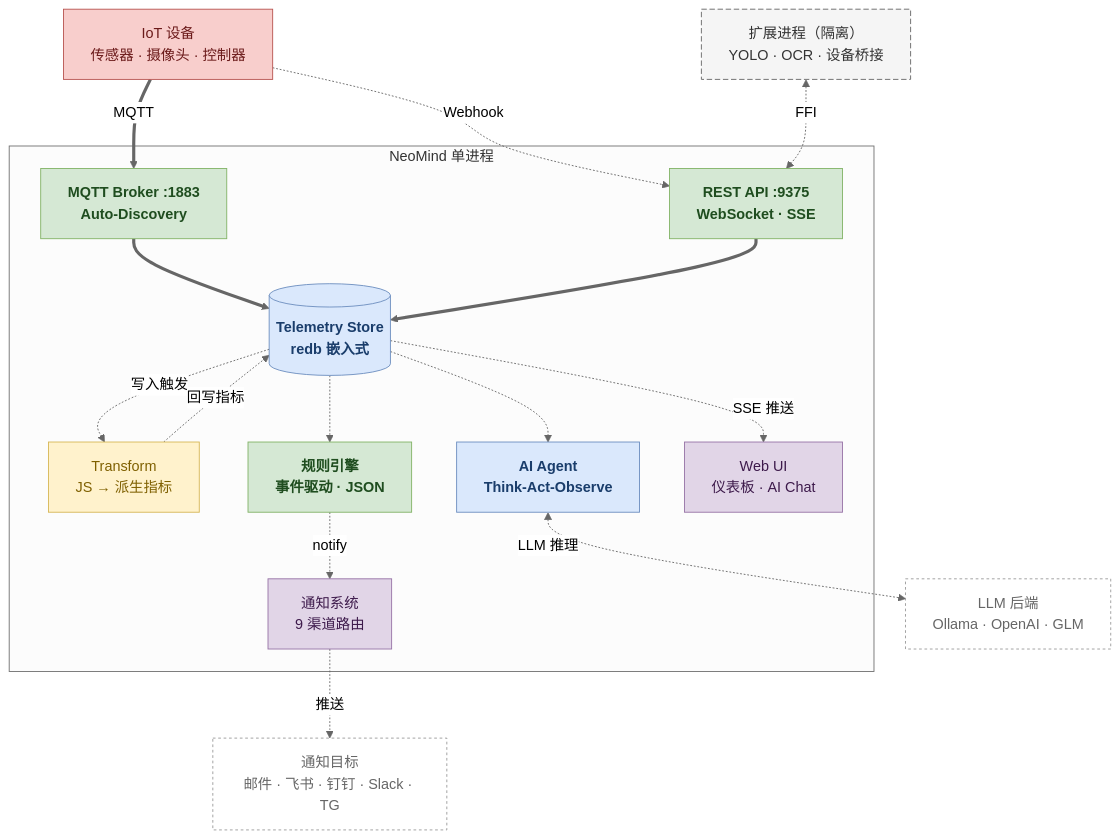
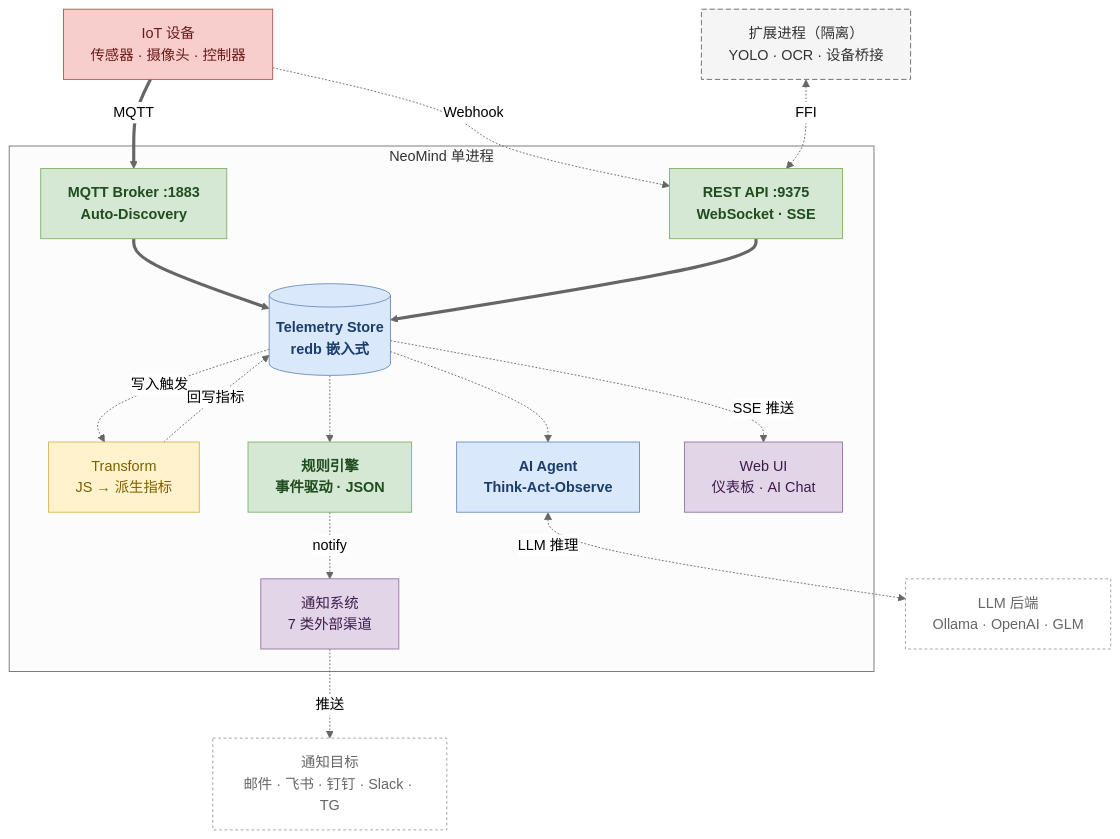
The first of 5 diagrams in docs/0-neomind/concepts/2-core-concepts.md (camthink-ai/wiki-documents), drawn with Mermaid (neutral theme) before and after one commit. The commit also changed other lines of this file and 64 other files, not shown here.

````diff
--- a/docs/0-neomind/concepts/2-core-concepts.md
+++ b/docs/0-neomind/concepts/2-core-concepts.md
@@ -22,42 +22,42 @@
 ```mermaid
 flowchart TB
     subgraph neo["NeoMind 单进程"]
         MQTT["MQTT Broker :1883<br/>Auto-Discovery"]:::core
         API["REST API :9375<br/>WebSocket · SSE"]:::core
         STORE[("Telemetry Store<br/>redb 嵌入式")]:::store
         TRANSFORM["Transform<br/>JS → 派生指标"]:::pipeline
         RULE["规则引擎<br/>事件驱动 · JSON"]:::core
         AGENT["AI Agent<br/>Think-Act-Observe"]:::ai
         WEBUI["Web UI<br/>仪表板 · AI Chat"]:::consumer
-        MSG["通知系统<br/>9 渠道路由"]:::consumer
+        MSG["通知系统<br/>7 类外部渠道"]:::consumer
 
         MQTT ==> STORE
         API ==> STORE
         STORE -.->|"写入触发"| TRANSFORM
         TRANSFORM -.->|"回写指标"| STORE
         STORE -.-> RULE
         STORE -.-> AGENT
         RULE -.->|"notify"| MSG
         STORE -.->|"SSE 推送"| WEBUI
     end
 
     DEV["IoT 设备<br/>传感器 · 摄像头 · 控制器"]:::device
     LLM["LLM 后端<br/>Ollama · OpenAI · GLM"]:::external
     EXT["扩展进程（隔离）<br/>YOLO · OCR · 设备桥接"]:::extension
     TARGET["通知目标<br/>邮件 · 飞书 · 钉钉 · Slack · TG"]:::external
 
     DEV ==>|"MQTT"| MQTT
     DEV -.->|"Webhook"| API
     AGENT <-.->|"LLM 推理"| LLM
     EXT <-.->|"FFI"| API
     MSG -.->|"推送"| TARGET
 
     classDef core fill:#d5e8d4,stroke:#82b366,color:#1f4d1f,font-weight:bold
     classDef store fill:#dae8fc,stroke:#6c8ebf,color:#1a3d6b,font-weight:bold
     classDef device fill:#f8cecc,stroke:#b85450,color:#6b1a1a
     classDef pipeline fill:#fff2cc,stroke:#d6b656,color:#7f6000
     classDef extension fill:#f5f5f5,stroke:#666,stroke-dasharray:6 3,color:#333
     classDef consumer fill:#e1d5e7,stroke:#9673a6,color:#3d1a4b
     classDef ai fill:#dae8fc,stroke:#6c8ebf,color:#1a3d6b,font-weight:bold
     classDef external fill:#fff,stroke:#999,stroke-dasharray:3 3,color:#666
 ```
````
